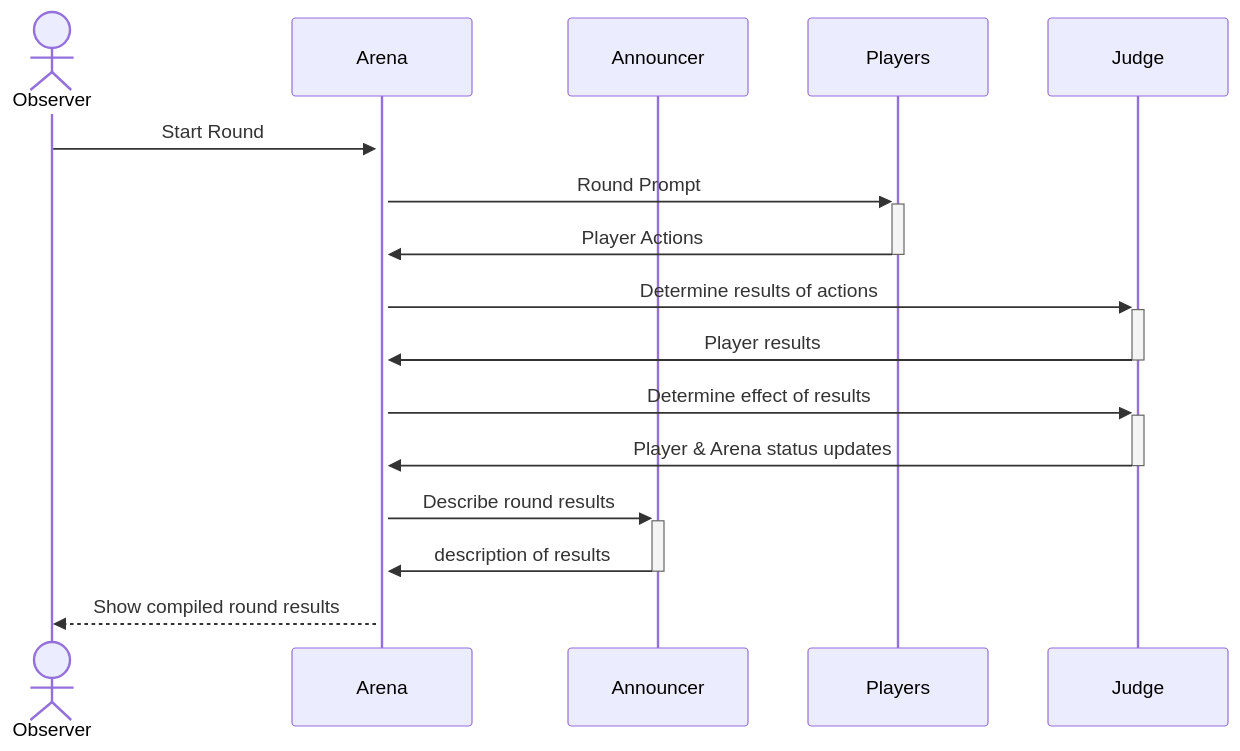
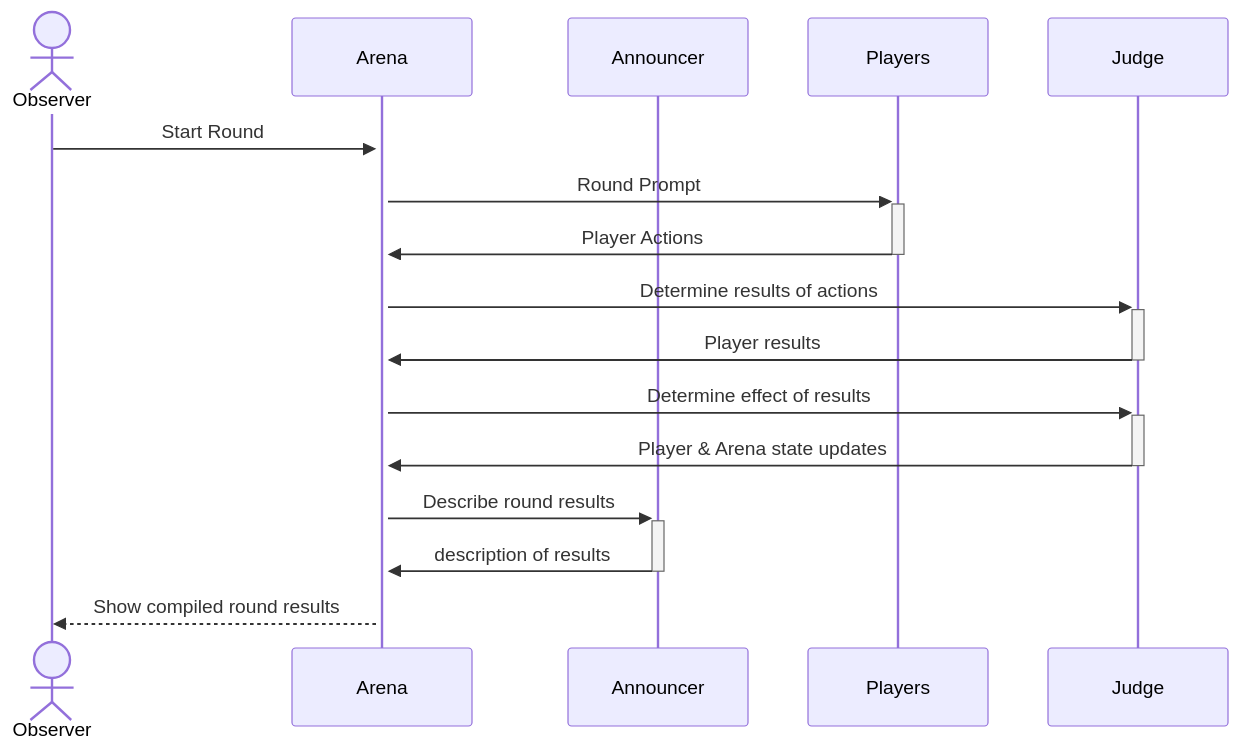
The second of 2 diagrams in docs/architecture.md (0xbeedao/agent-arena), drawn with Mermaid before and after one commit. The commit also changed 19 other files, not shown here.

````diff
--- a/docs/architecture.md
+++ b/docs/architecture.md
@@ -42,19 +42,19 @@
 ```mermaid
 sequenceDiagram
     Actor Observer
     Participant Arena
     Participant Announcer
     Participant Players
     Participant Judge
  
     Observer ->>+ Arena: Start Round
     Arena ->>+ Players: Round Prompt
     Players ->>- Arena: Player Actions
     Arena ->>+ Judge: Determine results of actions
     Judge ->>- Arena: Player results
     Arena ->>+ Judge: Determine effect of results
-    Judge ->>- Arena: Player & Arena status updates
+    Judge ->>- Arena: Player & Arena state updates
     Arena ->>+ Announcer: Describe round results
     Announcer ->>- Arena: description of results
     Arena -->> Observer: Show compiled round results
 ```
````
